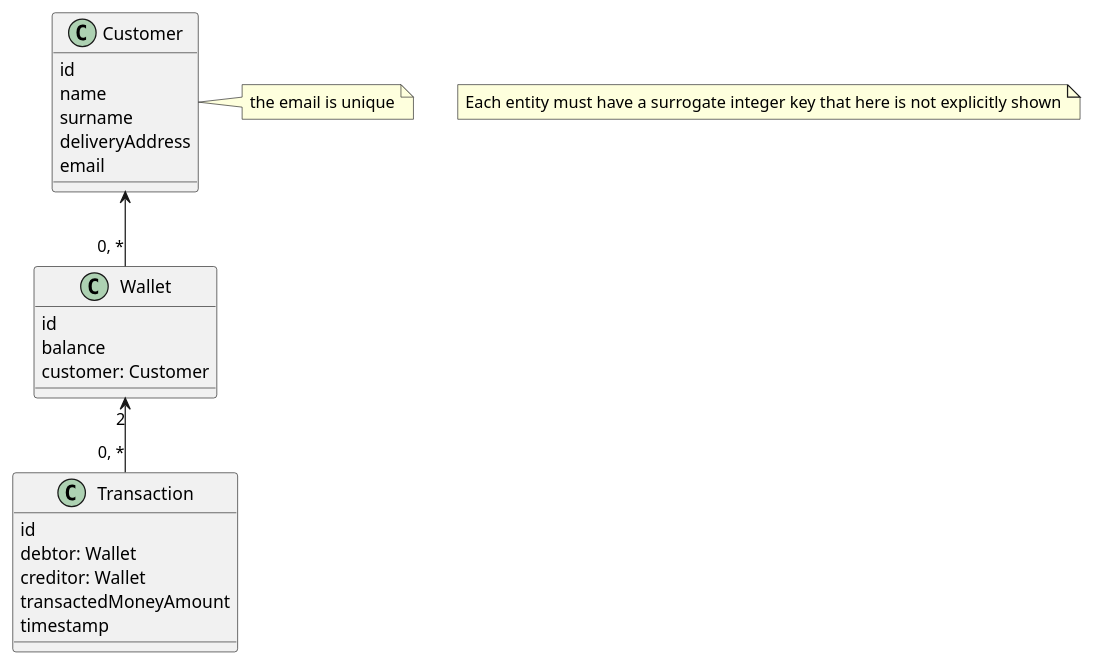
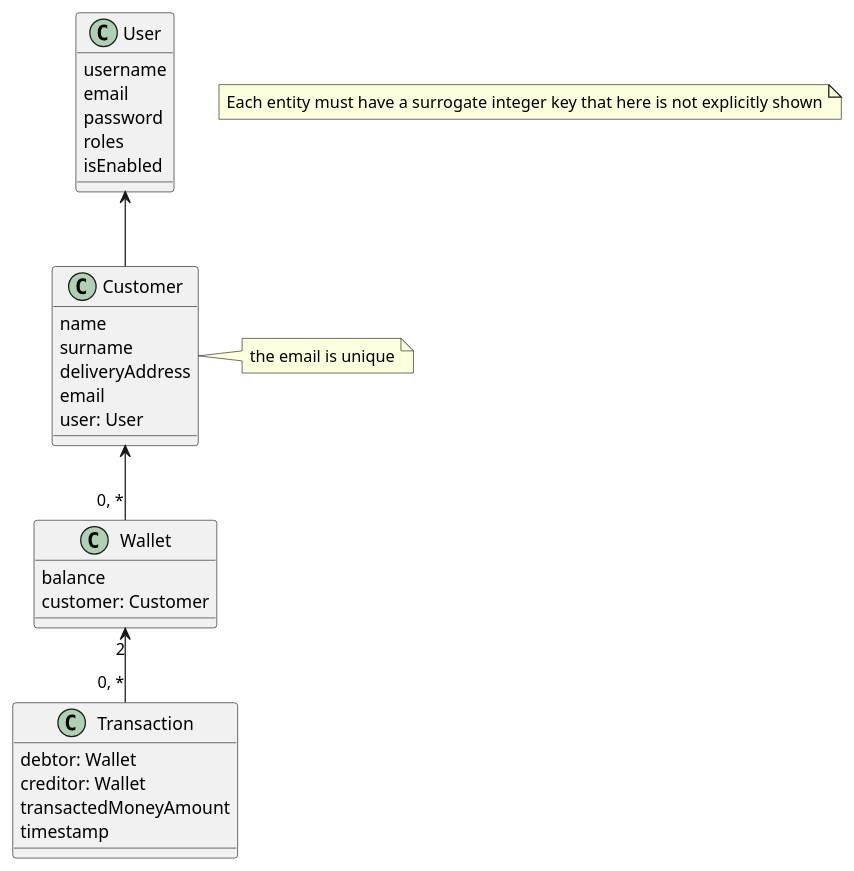
One commit to Thefolle/WAII_group19_lab2 changed the second of 2 diagrams in docs/design/whiteboard.md. Above: the diagram before and after it, drawn with PlantUML. The commit also changed other lines of this file and 2 other files, not shown here.

Commit message:
Update design diagram

````diff
--- a/docs/design/whiteboard.md
+++ b/docs/design/whiteboard.md
@@ -32,31 +41,37 @@
 ```plantuml
 @startuml
 
+class User {
+    username
+    email
+    password
+    roles
+    isEnabled
+}
 class Customer {
-    id
     name
     surname
     deliveryAddress
     email
+    user: User
 }
 class Wallet {
-    id
     balance
     customer: Customer
 }
 class Transaction {
-    id
     debtor: Wallet
     creditor: Wallet
     transactedMoneyAmount
     timestamp
 }
 
+User <-- Customer
 Customer <-- "0, *"  Wallet
 Wallet "2" <-- "0, *" Transaction
 
 note "Each entity must have a surrogate integer key that here is not explicitly shown" as N1
 note right of Customer: the email is unique
 
 @enduml
 ```
````
